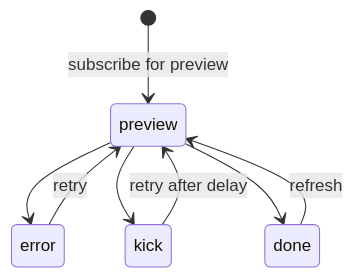
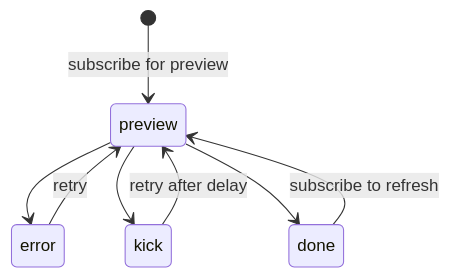
One commit to tloncorp/tlon-apps changed the second of 9 diagrams in docs/backend/desk/app/groups.md. Above: the diagram before and after it, drawn with Mermaid. The commit also changed other lines of this file and 2 other files, not shown here.

````diff
--- a/docs/backend/desk/app/groups.md
+++ b/docs/backend/desk/app/groups.md
@@ -57,10 +50,10 @@
 ```mermaid
 stateDiagram
 [*] --> preview: subscribe for preview
 preview --> error
 preview --> kick
 preview --> done
-done --> preview: refresh
+done --> preview: subscribe to refresh
 kick --> preview: retry after delay
 error --> preview: retry
 ```
````
